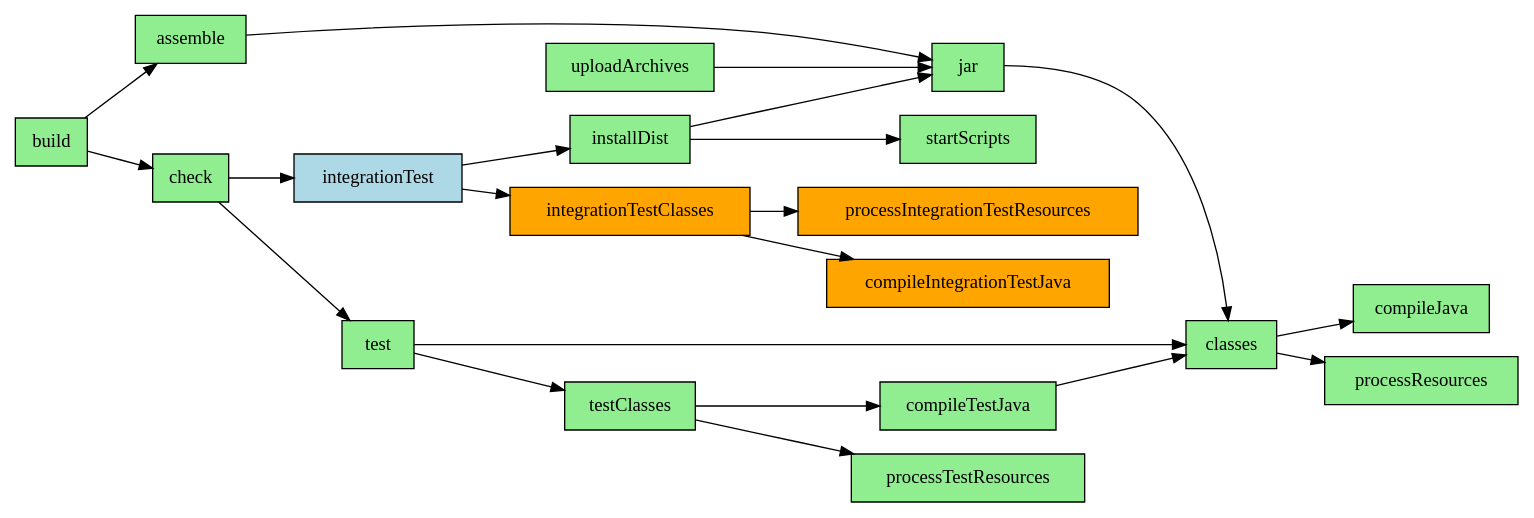
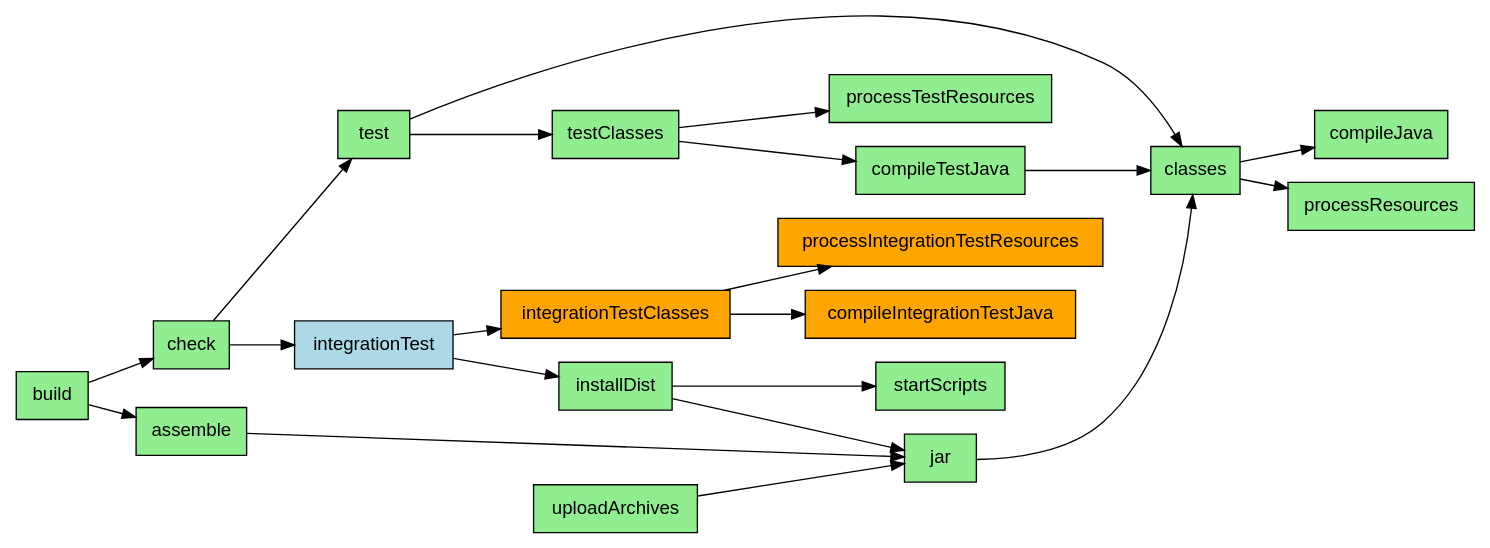
The diagram in _dot/tasks2.gv (Azquelt/gradle-workshop), drawn with Graphviz before and after one commit. The commit also changed 3 other files, not shown here.

First line of the commit message:
Rearrange the before and after task graphs

```diff
--- a/_dot/tasks2.gv
+++ b/_dot/tasks2.gv
@@ -1,31 +1,31 @@
 digraph tasks
 {
   rankdir=LR
-  node [shape = "box", fillcolor = lightgreen, style=filled]
+  node [shape = "box", fillcolor = lightgreen, style=filled, fontname="helvetica"]
+  build -> check
   build -> assemble
-  build -> check
   check -> test
   test -> classes
   test -> testClasses
   testClasses -> compileTestJava
   testClasses -> processTestResources
   compileTestJava -> classes
   assemble -> jar
   uploadArchives -> jar
   jar -> classes
   classes -> compileJava
   classes -> processResources
   installDist -> startScripts
   installDist -> jar
 
   node [fillcolor = orange]
 
   integrationTestClasses -> compileIntegrationTestJava
   integrationTestClasses -> processIntegrationTestResources
 
   node [fillcolor = lightblue]
 
   integrationTest -> integrationTestClasses
   integrationTest -> installDist
   check -> integrationTest
 }
```
